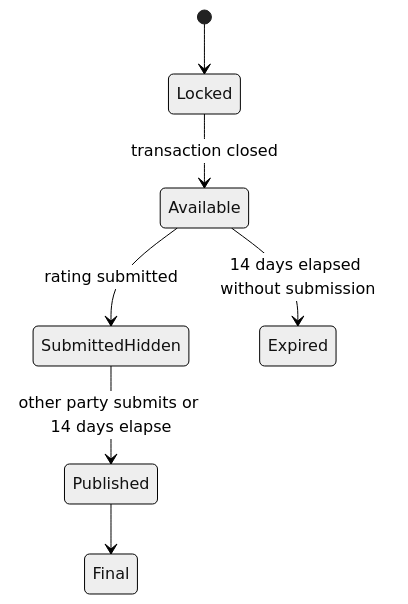
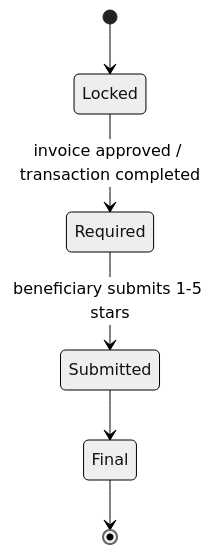
The diagram in docs/03-analysis/18-rating-reputation-model.md (Yadd-SanaaUniversityGraduationProject/yadd), drawn with Mermaid (neutral theme) before and after one commit. The commit also changed other lines of this file, not shown here.

Commit message:
analysis: replace mutual ratings with mandatory provider rating

````diff
--- a/docs/03-analysis/18-rating-reputation-model.md
+++ b/docs/03-analysis/18-rating-reputation-model.md
@@ -78,9 +47,8 @@
 ```mermaid
 stateDiagram-v2
     [*] --> Locked
-    Locked --> Available: transaction closed
-    Available --> SubmittedHidden: rating submitted
-    Available --> Expired: 14 days elapsed without submission
-    SubmittedHidden --> Published: other party submits or 14 days elapse
-    Published --> Final
+    Locked --> Required: invoice approved / transaction completed
+    Required --> Submitted: beneficiary submits 1-5 stars
+    Submitted --> Final
+    Final --> [*]
 ```
````
